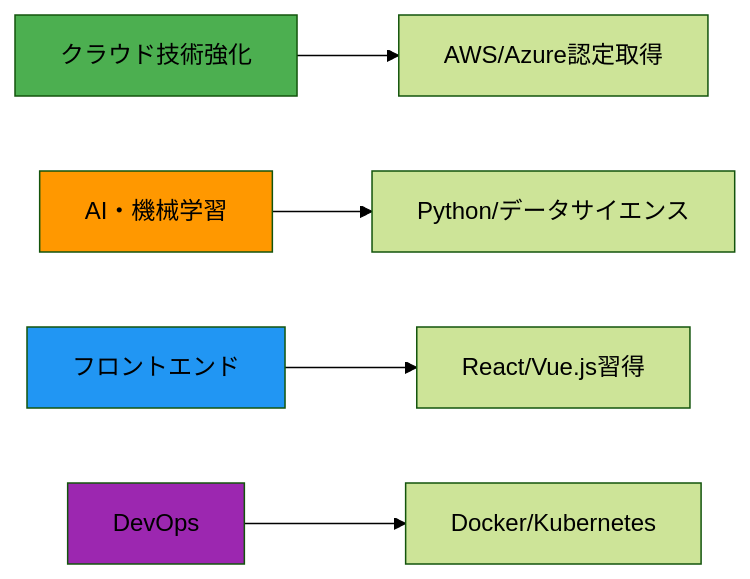
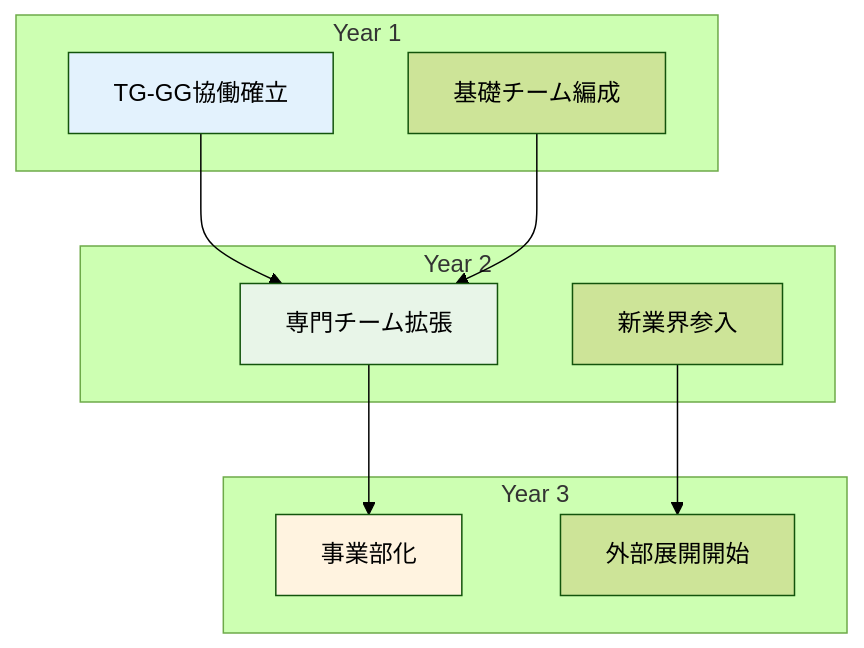
Diagram 13 of 13 in docs/経歴書サンプル_総合分析レポート.md (MasatakaNakamura/xlsx-data-analyzer), drawn with Mermaid (forest theme) before and after one commit. The commit also changed other lines of this file and 32 other files, not shown here.

````diff
--- a/docs/経歴書サンプル_総合分析レポート.md
+++ b/docs/経歴書サンプル_総合分析レポート.md
@@ -394,12 +490,26 @@
 ```mermaid
-graph LR
-    A[クラウド技術強化] --> B[AWS/Azure認定取得]
-    C[AI・機械学習] --> D[Python/データサイエンス]
-    E[フロントエンド] --> F[React/Vue.js習得]
-    G[DevOps] --> H[Docker/Kubernetes]
+graph TB
+    subgraph "Year 1"
+        Y1_1[TG-GG協働確立]
+        Y1_2[基礎チーム編成]
+    end
 
-    style A fill:#4CAF50
-    style C fill:#FF9800
-    style E fill:#2196F3
-    style G fill:#9C27B0
+    subgraph "Year 2"
+        Y2_1[専門チーム拡張]
+        Y2_2[新業界参入]
+    end
+
+    subgraph "Year 3"
+        Y3_1[事業部化]
+        Y3_2[外部展開開始]
+    end
+
+    Y1_1 --> Y2_1
+    Y1_2 --> Y2_1
+    Y2_1 --> Y3_1
+    Y2_2 --> Y3_2
+
+    style Y1_1 fill:#e3f2fd
+    style Y2_1 fill:#e8f5e8
+    style Y3_1 fill:#fff3e0
 ```
````
